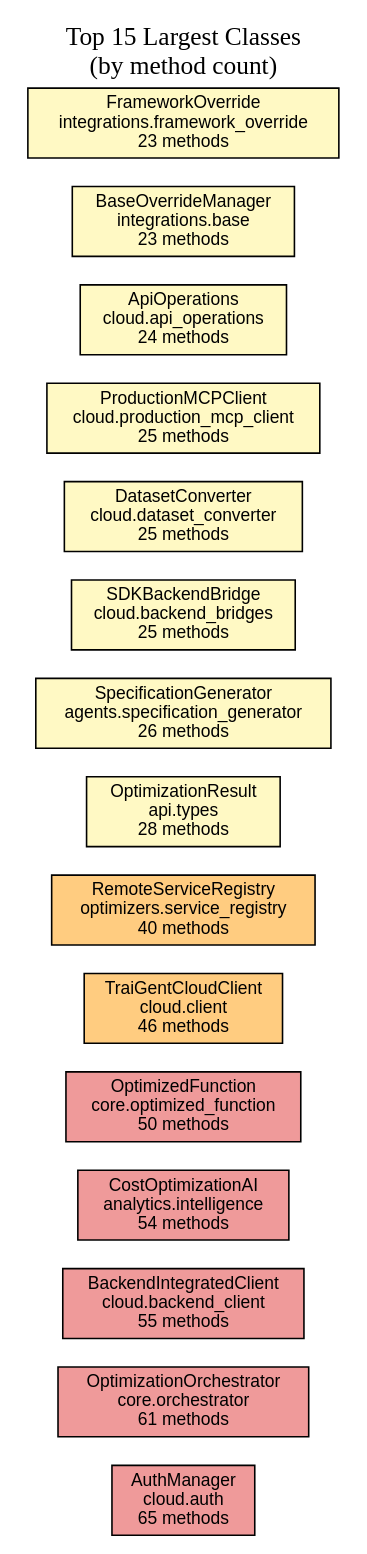
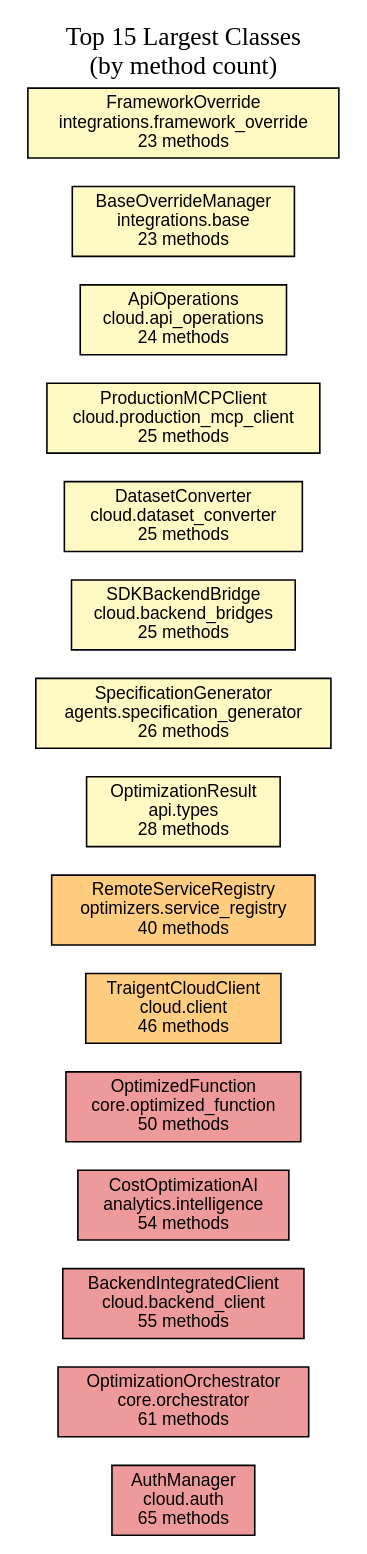
Before and after one commit to Traigent/Traigent: the diagram in tools/architecture/output/focused/top_classes.dot, drawn with Graphviz. The commit also changed 614 other files, not shown here.

```diff
--- a/tools/architecture/output/focused/top_classes.dot
+++ b/tools/architecture/output/focused/top_classes.dot
@@ -1,23 +1,23 @@
 digraph TopClasses {
     rankdir=LR;
     node [shape=box, style=filled, fontname="Helvetica", fontsize=11];
     label="Top 15 Largest Classes\n(by method count)";
     labelloc=t;
     fontsize=16;
 
     cls0 [label="AuthManager\ncloud.auth\n65 methods" fillcolor="#ef9a9a"];
     cls1 [label="OptimizationOrchestrator\ncore.orchestrator\n61 methods" fillcolor="#ef9a9a"];
     cls2 [label="BackendIntegratedClient\ncloud.backend_client\n55 methods" fillcolor="#ef9a9a"];
     cls3 [label="CostOptimizationAI\nanalytics.intelligence\n54 methods" fillcolor="#ef9a9a"];
     cls4 [label="OptimizedFunction\ncore.optimized_function\n50 methods" fillcolor="#ef9a9a"];
-    cls5 [label="TraiGentCloudClient\ncloud.client\n46 methods" fillcolor="#ffcc80"];
+    cls5 [label="TraigentCloudClient\ncloud.client\n46 methods" fillcolor="#ffcc80"];
     cls6 [label="RemoteServiceRegistry\noptimizers.service_registry\n40 methods" fillcolor="#ffcc80"];
     cls7 [label="OptimizationResult\napi.types\n28 methods" fillcolor="#fff9c4"];
     cls8 [label="SpecificationGenerator\nagents.specification_generator\n26 methods" fillcolor="#fff9c4"];
     cls9 [label="SDKBackendBridge\ncloud.backend_bridges\n25 methods" fillcolor="#fff9c4"];
     cls10 [label="DatasetConverter\ncloud.dataset_converter\n25 methods" fillcolor="#fff9c4"];
     cls11 [label="ProductionMCPClient\ncloud.production_mcp_client\n25 methods" fillcolor="#fff9c4"];
     cls12 [label="ApiOperations\ncloud.api_operations\n24 methods" fillcolor="#fff9c4"];
     cls13 [label="BaseOverrideManager\nintegrations.base\n23 methods" fillcolor="#fff9c4"];
     cls14 [label="FrameworkOverride\nintegrations.framework_override\n23 methods" fillcolor="#fff9c4"];
 }
```
